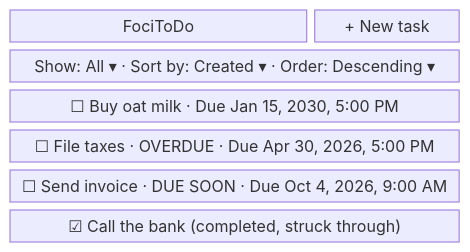
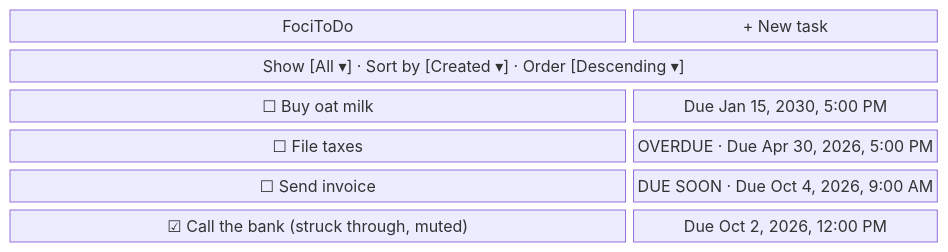
One commit to charlesmalo/FociToDo changed the third of 15 diagrams in docs/ui.md. Above: the diagram before and after it, drawn with Mermaid. The commit also changed other lines of this file and 25 other files, not shown here.

First line of the commit message:
docs(diagrams): match the wireframes and diagrams to the current UI and API

````diff
--- a/docs/ui.md
+++ b/docs/ui.md
@@ -51,10 +51,10 @@
 ```mermaid
 block-beta
   columns 3
   title["FociToDo"]:2 newtask["+ New task"]
-  filters["Show: All ▾ · Sort by: Created ▾ · Order: Descending ▾"]:3
-  row1["☐ Buy oat milk · Due Jan 15, 2030, 5:00 PM"]:3
-  row2["☐ File taxes · OVERDUE · Due Apr 30, 2026, 5:00 PM"]:3
-  row3["☐ Send invoice · DUE SOON · Due Oct 4, 2026, 9:00 AM"]:3
-  row4["☑ Call the bank (completed, struck through)"]:3
+  filters["Show [All ▾] · Sort by [Created ▾] · Order [Descending ▾]"]:3
+  r1t["☐ Buy oat milk"]:2 r1d["Due Jan 15, 2030, 5:00 PM"]
+  r2t["☐ File taxes"]:2 r2d["OVERDUE · Due Apr 30, 2026, 5:00 PM"]
+  r3t["☐ Send invoice"]:2 r3d["DUE SOON · Due Oct 4, 2026, 9:00 AM"]
+  r4t["☑ Call the bank (struck through, muted)"]:2 r4d["Due Oct 2, 2026, 12:00 PM"]
 ```
````
